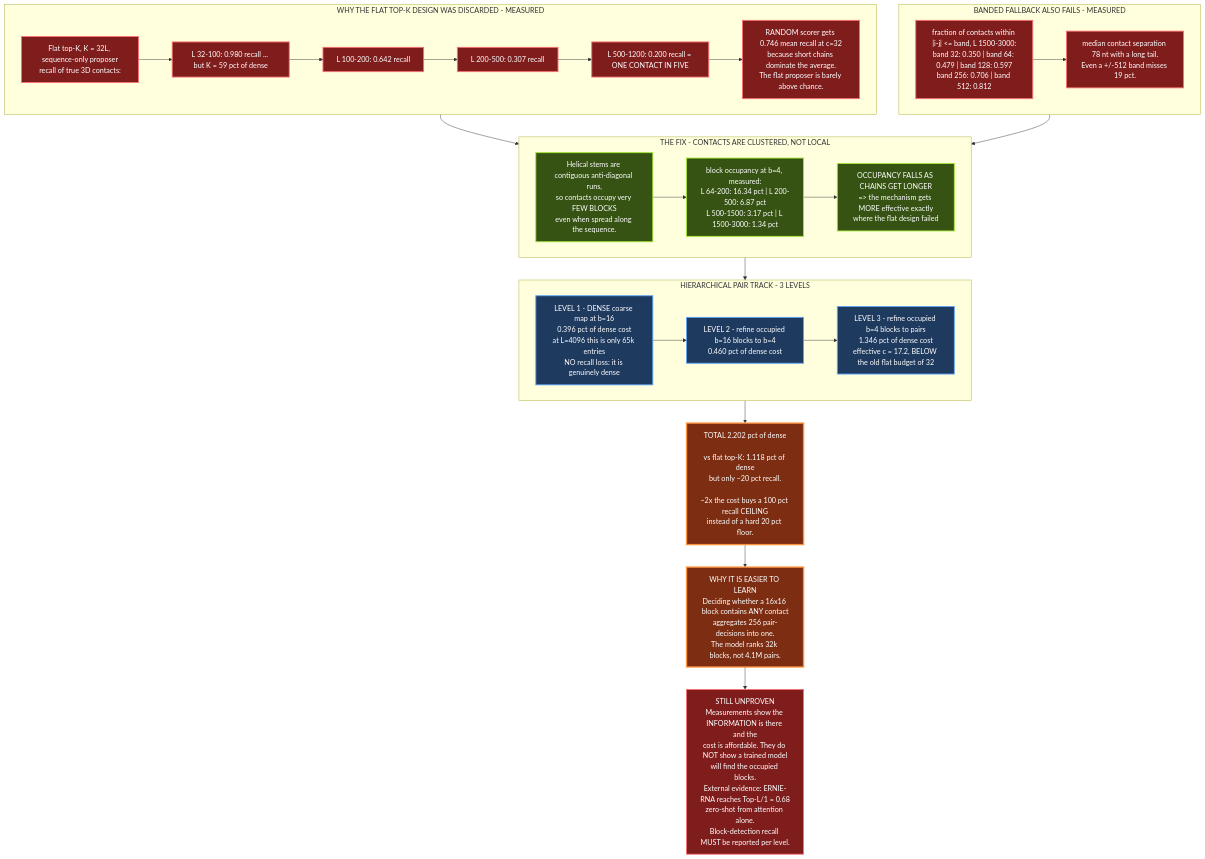
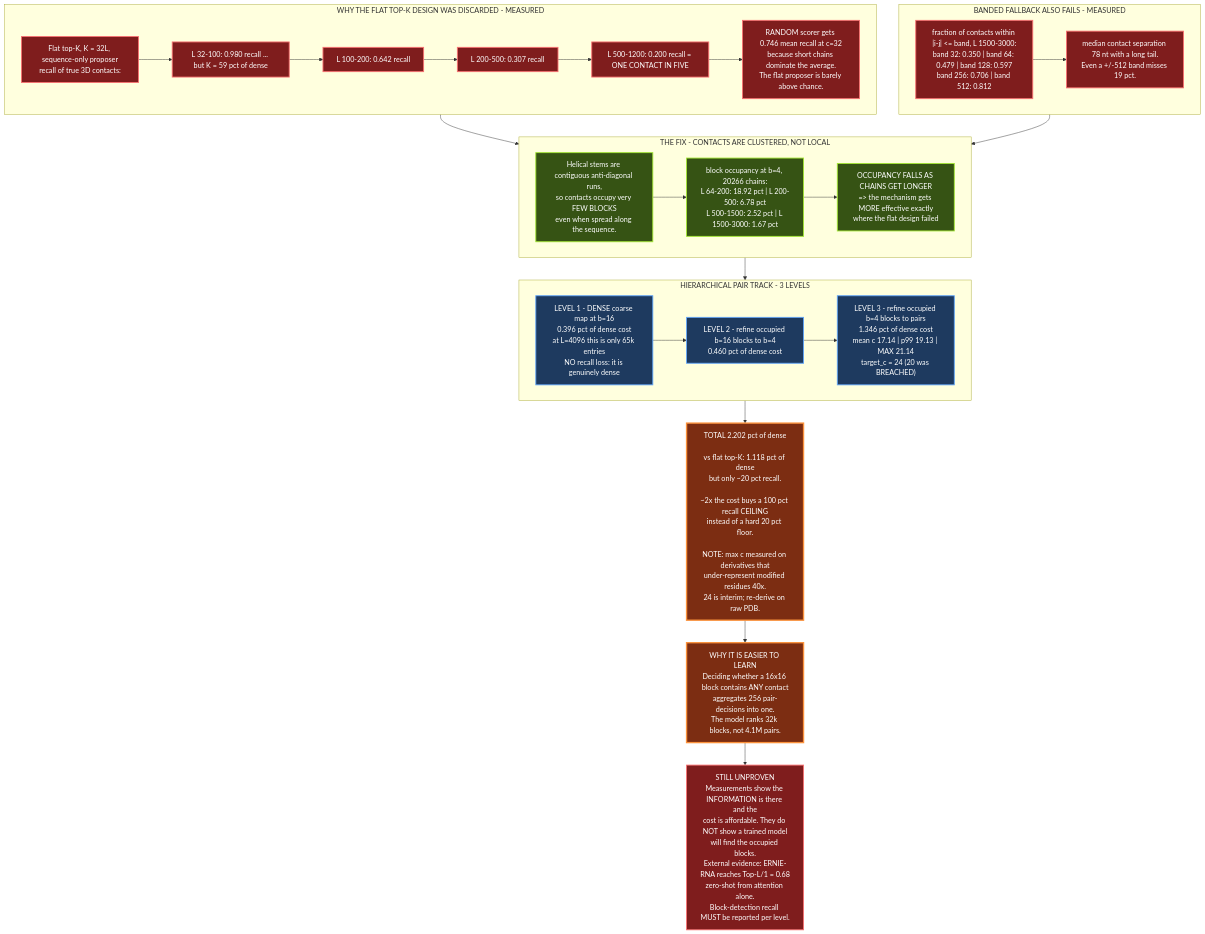
The diagram in research/architecture/diagrams/04-hierarchical-pair-track.mmd (E-Motioner-X-SBS/sbs-rna), drawn with Mermaid before and after one commit. The commit also changed 13 other files, not shown here.

First line of the commit message:
Rewrite the architecture diagrams to v0.2 values only; re-render

```diff
--- a/research/architecture/diagrams/04-hierarchical-pair-track.mmd
+++ b/research/architecture/diagrams/04-hierarchical-pair-track.mmd
@@ -1,53 +1,53 @@
 graph TB
     subgraph FAIL["WHY THE FLAT TOP-K DESIGN WAS DISCARDED - MEASURED"]
         F1["Flat top-K, K = 32L, sequence-only proposer<br/>recall of true 3D contacts:"]
         F2["L 32-100: 0.980 recall ... but K = 59 pct of dense"]
         F3["L 100-200: 0.642 recall"]
         F4["L 200-500: 0.307 recall"]
         F5["L 500-1200: 0.200 recall = ONE CONTACT IN FIVE"]
         F6["RANDOM scorer gets 0.746 mean recall at c=32<br/>because short chains dominate the average.<br/>The flat proposer is barely above chance."]
         F1 --> F2 --> F3 --> F4 --> F5 --> F6
     end
 
     subgraph BAND["BANDED FALLBACK ALSO FAILS - MEASURED"]
         B1["fraction of contacts within |i-j| <= band, L 1500-3000:<br/>band 32: 0.350 | band 64: 0.479 | band 128: 0.597<br/>band 256: 0.706 | band 512: 0.812"]
         B2["median contact separation 78 nt with a long tail.<br/>Even a +/-512 band misses 19 pct."]
         B1 --> B2
     end
 
     subgraph FIX["THE FIX - CONTACTS ARE CLUSTERED, NOT LOCAL"]
         C1["Helical stems are contiguous anti-diagonal runs,<br/>so contacts occupy very FEW BLOCKS<br/>even when spread along the sequence."]
-        C2["block occupancy at b=4, measured:<br/>L 64-200: 16.34 pct | L 200-500: 6.87 pct<br/>L 500-1500: 3.17 pct | L 1500-3000: 1.34 pct"]
+        C2["block occupancy at b=4, 20266 chains:<br/>L 64-200: 18.92 pct | L 200-500: 6.78 pct<br/>L 500-1500: 2.52 pct | L 1500-3000: 1.67 pct"]
         C3["OCCUPANCY FALLS AS CHAINS GET LONGER<br/>=> the mechanism gets MORE effective exactly<br/>where the flat design failed"]
         C1 --> C2 --> C3
     end
 
     subgraph HPT["HIERARCHICAL PAIR TRACK - 3 LEVELS"]
         L1["LEVEL 1 - DENSE coarse map at b=16<br/>0.396 pct of dense cost<br/>at L=4096 this is only 65k entries<br/>NO recall loss: it is genuinely dense"]
         L2["LEVEL 2 - refine occupied b=16 blocks to b=4<br/>0.460 pct of dense cost"]
-        L3["LEVEL 3 - refine occupied b=4 blocks to pairs<br/>1.346 pct of dense cost<br/>effective c = 17.2, BELOW the old flat budget of 32"]
+        L3["LEVEL 3 - refine occupied b=4 blocks to pairs<br/>1.346 pct of dense cost<br/>mean c 17.14 | p99 19.13 | MAX 21.14<br/>target_c = 24 (20 was BREACHED)"]
         L1 --> L2 --> L3
     end
 
-    TOTAL["TOTAL 2.202 pct of dense<br/><br/>vs flat top-K: 1.118 pct of dense<br/>but only ~20 pct recall.<br/><br/>~2x the cost buys a 100 pct recall CEILING<br/>instead of a hard 20 pct floor."]
+    TOTAL["TOTAL 2.202 pct of dense<br/><br/>vs flat top-K: 1.118 pct of dense<br/>but only ~20 pct recall.<br/><br/>~2x the cost buys a 100 pct recall CEILING<br/>instead of a hard 20 pct floor.<br/><br/>NOTE: max c measured on derivatives that<br/>under-represent modified residues 40x.<br/>24 is interim; re-derive on raw PDB."]
 
     EASY["WHY IT IS EASIER TO LEARN<br/>Deciding whether a 16x16 block contains ANY contact<br/>aggregates 256 pair-decisions into one.<br/>The model ranks 32k blocks, not 4.1M pairs."]
 
     OPEN["STILL UNPROVEN<br/>Measurements show the INFORMATION is there and the<br/>cost is affordable. They do NOT show a trained model<br/>will find the occupied blocks.<br/>External evidence: ERNIE-RNA reaches Top-L/1 = 0.68<br/>zero-shot from attention alone.<br/>Block-detection recall MUST be reported per level."]
 
     FAIL --> FIX
     BAND --> FIX
     FIX --> HPT
     HPT --> TOTAL
     TOTAL --> EASY
     EASY --> OPEN
 
     classDef bad fill:#7f1d1d,stroke:#f87171,stroke-width:2px,color:#fff
     classDef meas fill:#365314,stroke:#a3e635,stroke-width:2px,color:#fff
     classDef step fill:#1e3a5f,stroke:#60a5fa,stroke-width:2px,color:#fff
     classDef win fill:#7c2d12,stroke:#fb923c,stroke-width:3px,color:#fff
     class F1,F2,F3,F4,F5,F6,B1,B2 bad
     class C1,C2,C3 meas
     class L1,L2,L3 step
     class TOTAL,EASY win
     class OPEN bad
```
